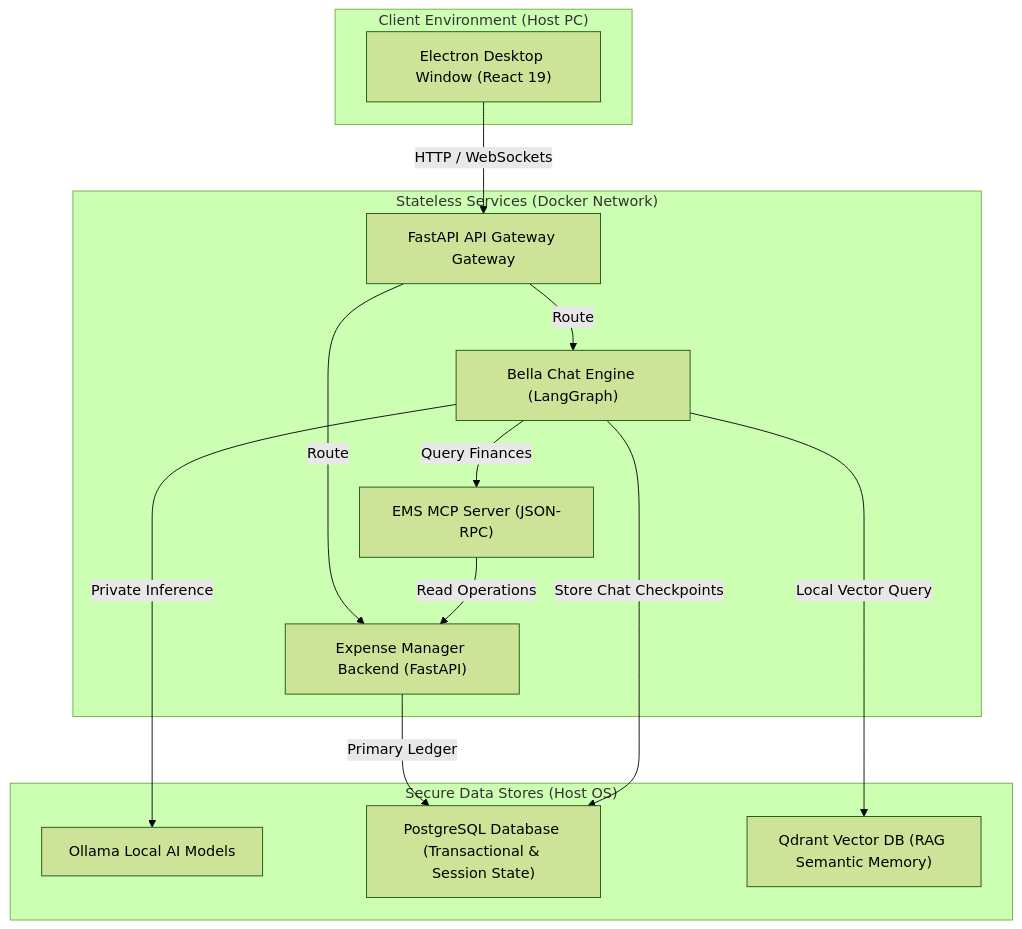
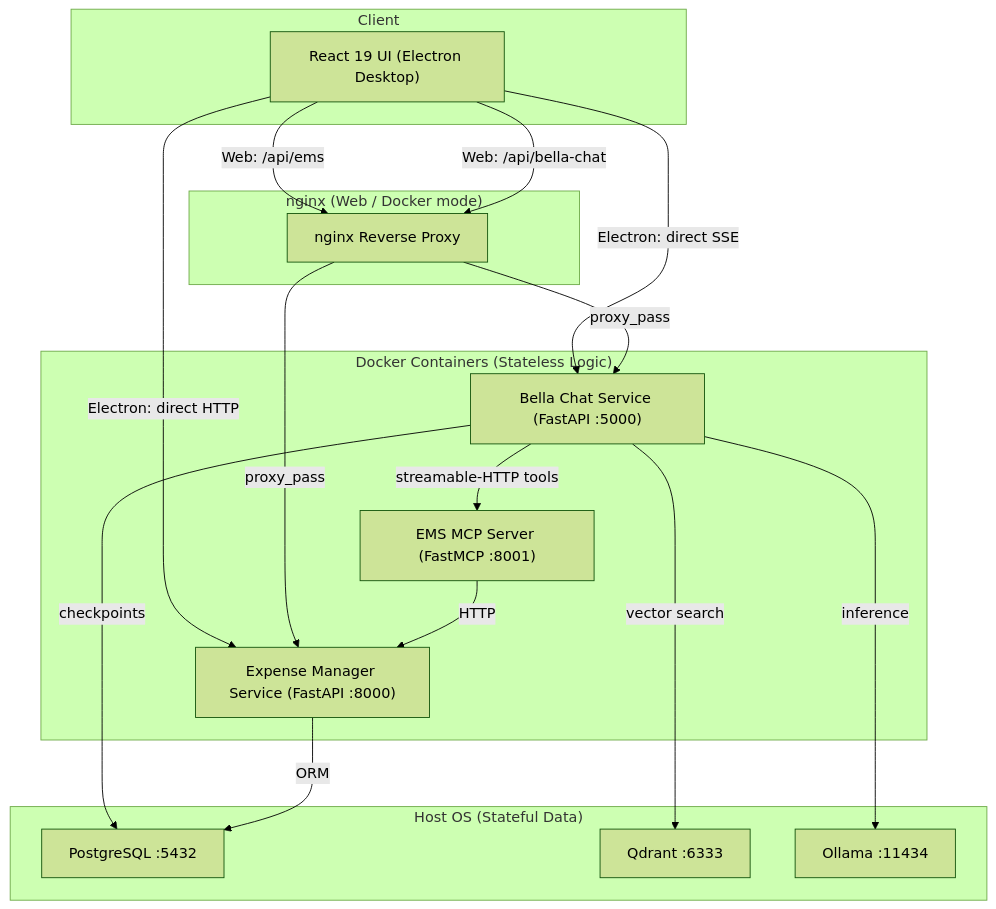
The diagram in keys-wiki-site/docs/projects/bella-assist/index.md (shangar-t-a/keys-personal-wiki), drawn with Mermaid (forest theme) before and after one commit. The commit also changed other lines of this file and 16 other files, not shown here.

````diff
--- a/keys-wiki-site/docs/projects/bella-assist/index.md
+++ b/keys-wiki-site/docs/projects/bella-assist/index.md
@@ -33,29 +33,35 @@
 ```mermaid
 graph TD
-    subgraph Client ["Client Environment (Host PC)"]
-        UI["Electron Desktop Window (React 19)"]
+    subgraph Client ["Client"]
+        UI["React 19 UI (Electron Desktop)"]
     end
 
-    subgraph Containers ["Stateless Services (Docker Network)"]
-        FastAPI["FastAPI API Gateway Gateway"]
-        EMS["Expense Manager Backend (FastAPI)"]
-        Chat["Bella Chat Engine (LangGraph)"]
-        MCP["EMS MCP Server (JSON-RPC)"]
+    subgraph Gateway ["nginx (Web / Docker mode)"]
+        Nginx["nginx Reverse Proxy"]
     end
 
-    subgraph NativeData ["Secure Data Stores (Host OS)"]
-        Ollama["Ollama Local AI Models"]
-        Postgres["PostgreSQL Database (Transactional & Session State)"]
-        Qdrant["Qdrant Vector DB (RAG Semantic Memory)"]
+    subgraph Containers ["Docker Containers (Stateless Logic)"]
+        EMS["Expense Manager Service (FastAPI :8000)"]
+        Chat["Bella Chat Service (FastAPI :5000)"]
+        MCPServer["EMS MCP Server (FastMCP :8001)"]
     end
 
-    UI -->|HTTP / WebSockets| FastAPI
-    FastAPI -->|Route| EMS
-    FastAPI -->|Route| Chat
-    EMS -->|Primary Ledger| Postgres
-    Chat -->|Store Chat Checkpoints| Postgres
-    Chat -->|Local Vector Query| Qdrant
-    Chat -->|Private Inference| Ollama
-    Chat -->|Query Finances| MCP
-    MCP -->|Read Operations| EMS
+    subgraph Host ["Host OS (Stateful Data)"]
+        Postgres["PostgreSQL :5432"]
+        Qdrant["Qdrant :6333"]
+        Ollama["Ollama :11434"]
+    end
+
+    UI -->|"Electron: direct HTTP"| EMS
+    UI -->|"Electron: direct SSE"| Chat
+    UI -->|"Web: /api/ems"| Nginx
+    UI -->|"Web: /api/bella-chat"| Nginx
+    Nginx -->|"proxy_pass"| EMS
+    Nginx -->|"proxy_pass"| Chat
+    Chat -->|"streamable-HTTP tools"| MCPServer
+    MCPServer -->|"HTTP"| EMS
+    Chat -->|"vector search"| Qdrant
+    Chat -->|"checkpoints"| Postgres
+    Chat -->|"inference"| Ollama
+    EMS -->|"ORM"| Postgres
 ```
````
